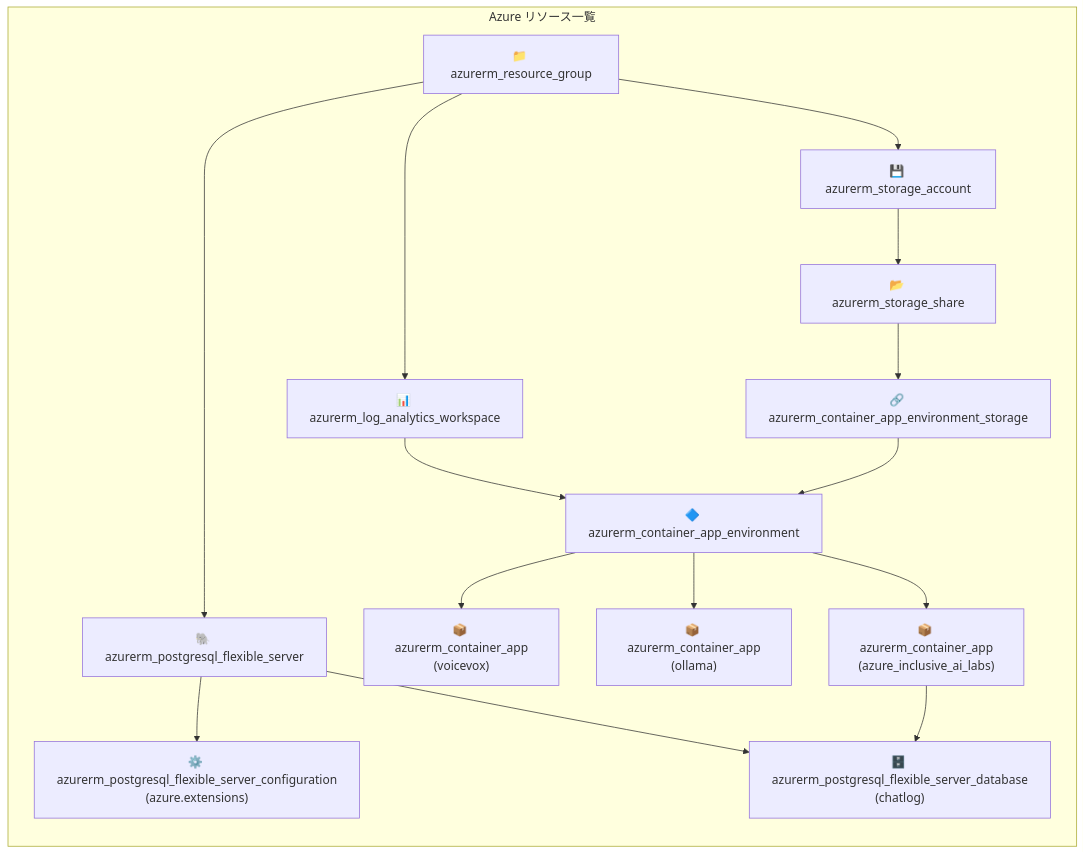
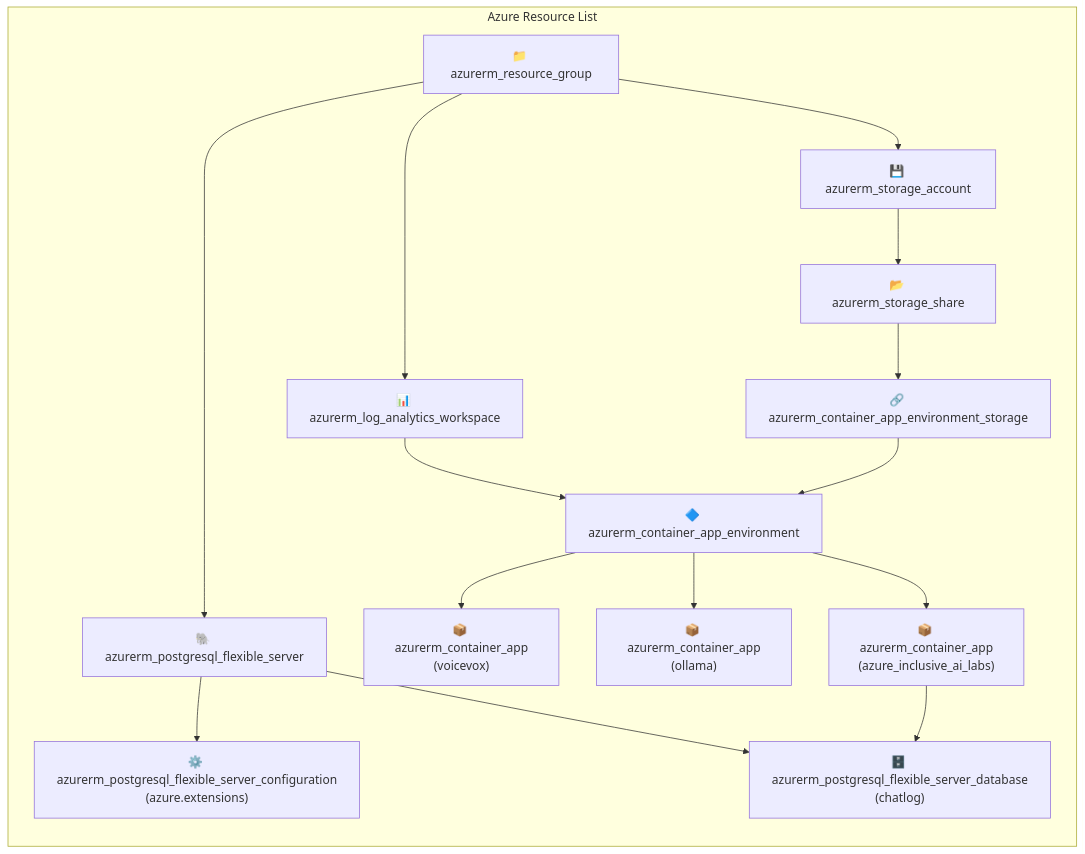
Before and after one commit to ks6088ts/template-terraform: the second of 12 diagrams in infra/scenarios/azure_inclusive_ai_labs/README.md, drawn with Mermaid. The commit also changed other lines of this file and 28 other files, not shown here.

````diff
--- a/infra/scenarios/azure_inclusive_ai_labs/README.md
+++ b/infra/scenarios/azure_inclusive_ai_labs/README.md
@@ -75,32 +75,32 @@
 ```mermaid
 flowchart LR
-    subgraph Resources["Azure リソース一覧"]
+    subgraph Resources["Azure Resource List"]
         direction TB
         RG["📁 azurerm_resource_group"]
         LAW["📊 azurerm_log_analytics_workspace"]
         CAE["🔷 azurerm_container_app_environment"]
         SA["💾 azurerm_storage_account"]
         FS["📂 azurerm_storage_share"]
         ES["🔗 azurerm_container_app_environment_storage"]
         CA1["📦 azurerm_container_app<br/>(azure_inclusive_ai_labs)"]
         CA2["📦 azurerm_container_app<br/>(voicevox)"]
         CA3["📦 azurerm_container_app<br/>(ollama)"]
         PGS["🐘 azurerm_postgresql_flexible_server"]
         PGC["⚙️ azurerm_postgresql_flexible_server_configuration<br/>(azure.extensions)"]
         PGD["🗄️ azurerm_postgresql_flexible_server_database<br/>(chatlog)"]
     end
 
     RG --> LAW
     RG --> SA
     LAW --> CAE
     SA --> FS
     FS --> ES
     ES --> CAE
     CAE --> CA1
     CAE --> CA2
     CAE --> CA3
     RG --> PGS
     PGS --> PGC
     PGS --> PGD
     CA1 --> PGD
 ```
````
